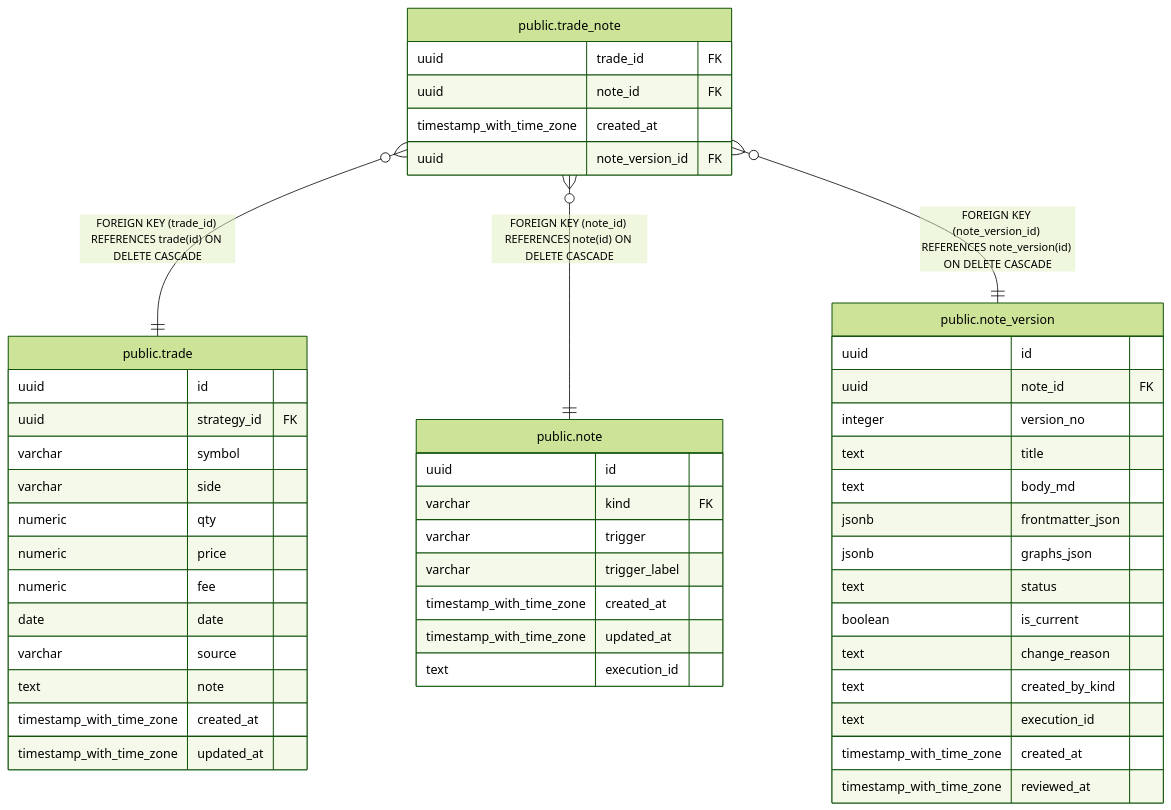
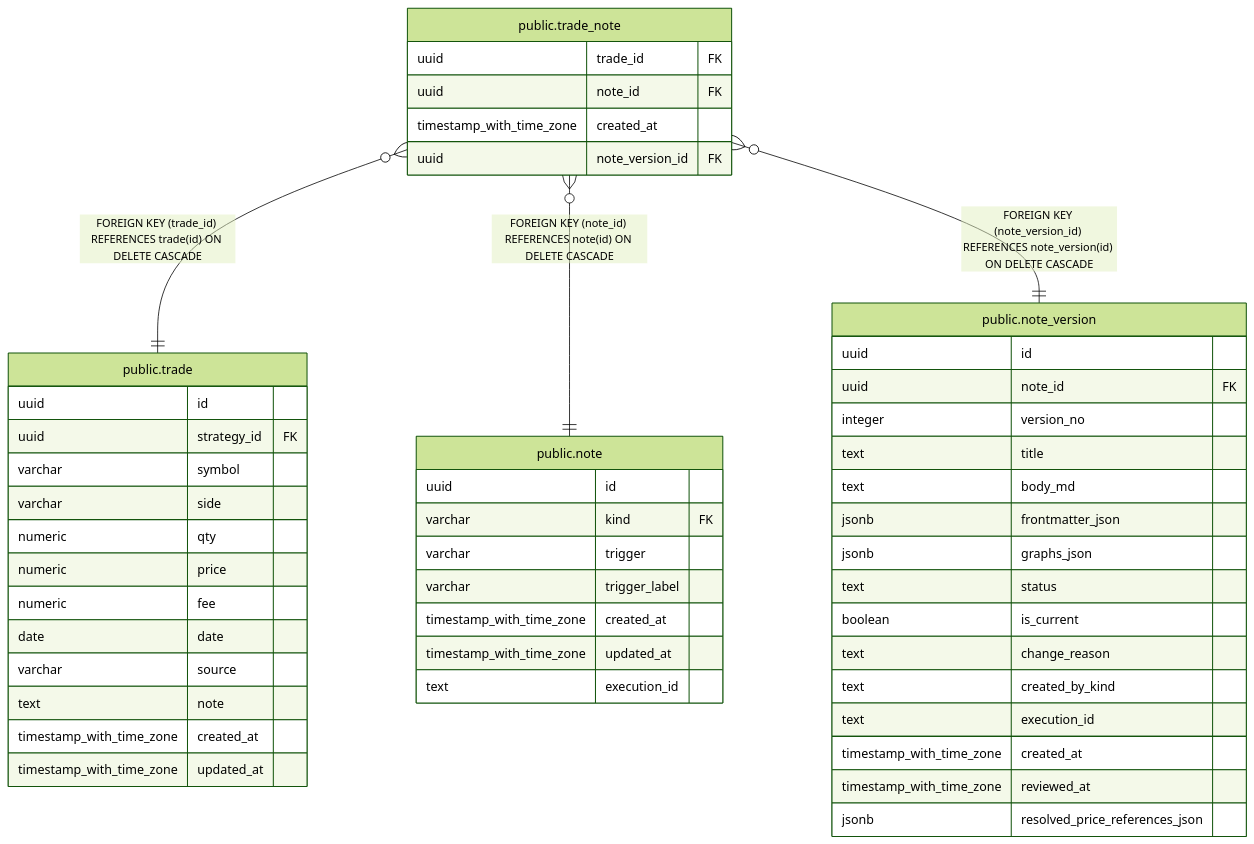
The diagram in backend/docs/db/public.trade_note.md (fohte/t-rader), drawn with Mermaid (forest theme) before and after one commit. The commit also changed 4 other files, not shown here.

````diff
--- a/backend/docs/db/public.trade_note.md
+++ b/backend/docs/db/public.trade_note.md
@@ -34,53 +34,54 @@
 ```mermaid
 erDiagram
 
 "public.trade_note" }o--|| "public.trade" : "FOREIGN KEY (trade_id) REFERENCES trade(id) ON DELETE CASCADE"
 "public.trade_note" }o--|| "public.note" : "FOREIGN KEY (note_id) REFERENCES note(id) ON DELETE CASCADE"
 "public.trade_note" }o--|| "public.note_version" : "FOREIGN KEY (note_version_id) REFERENCES note_version(id) ON DELETE CASCADE"
 
 "public.trade_note" {
   uuid trade_id FK
   uuid note_id FK
   timestamp_with_time_zone created_at
   uuid note_version_id FK
 }
 "public.trade" {
   uuid id
   uuid strategy_id FK
   varchar symbol
   varchar side
   numeric qty
   numeric price
   numeric fee
   date date
   varchar source
   text note
   timestamp_with_time_zone created_at
   timestamp_with_time_zone updated_at
 }
 "public.note" {
   uuid id
   varchar kind FK
   varchar trigger
   varchar trigger_label
   timestamp_with_time_zone created_at
   timestamp_with_time_zone updated_at
   text execution_id
 }
 "public.note_version" {
   uuid id
   uuid note_id FK
   integer version_no
   text title
   text body_md
   jsonb frontmatter_json
   jsonb graphs_json
   text status
   boolean is_current
   text change_reason
   text created_by_kind
   text execution_id
   timestamp_with_time_zone created_at
   timestamp_with_time_zone reviewed_at
+  jsonb resolved_price_references_json
 }
 ```
````
